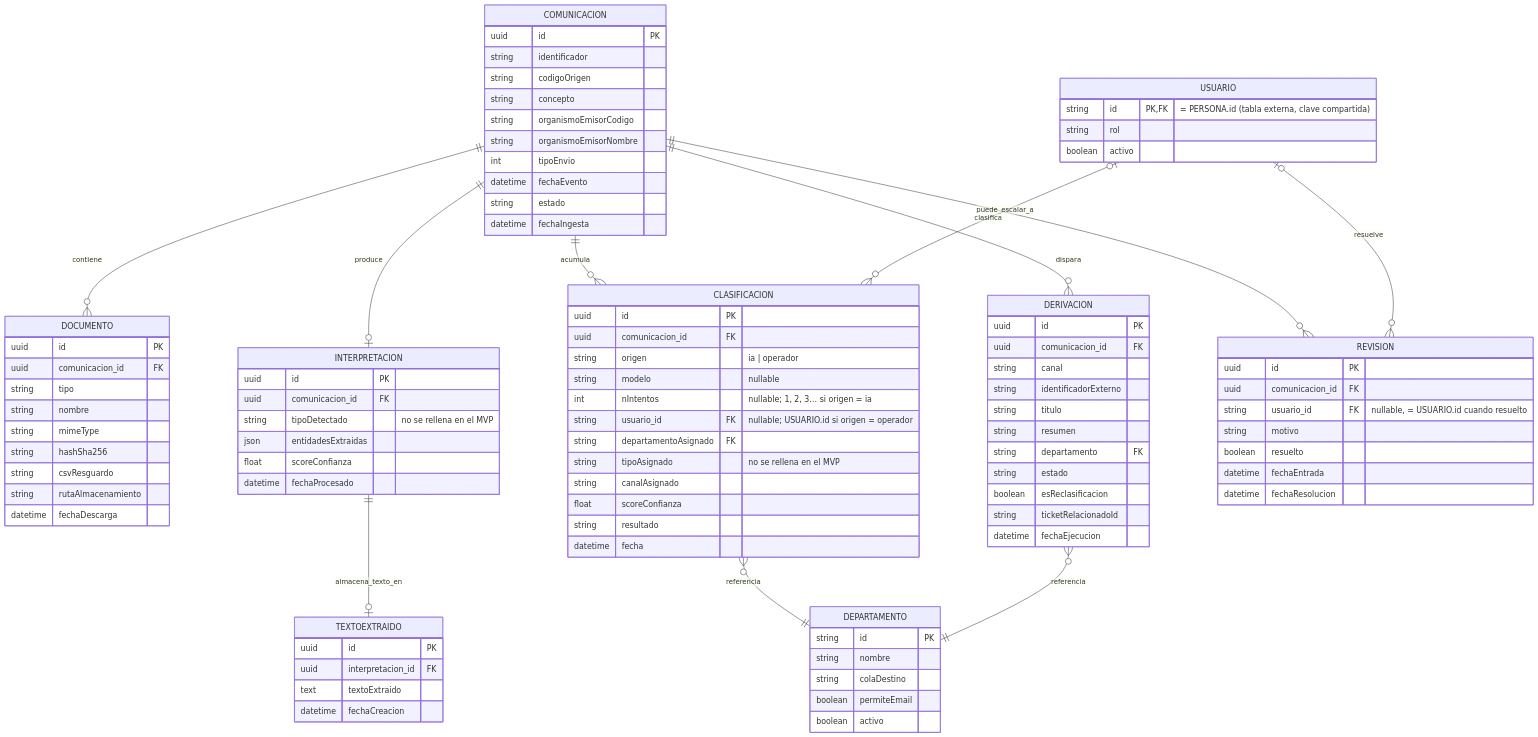
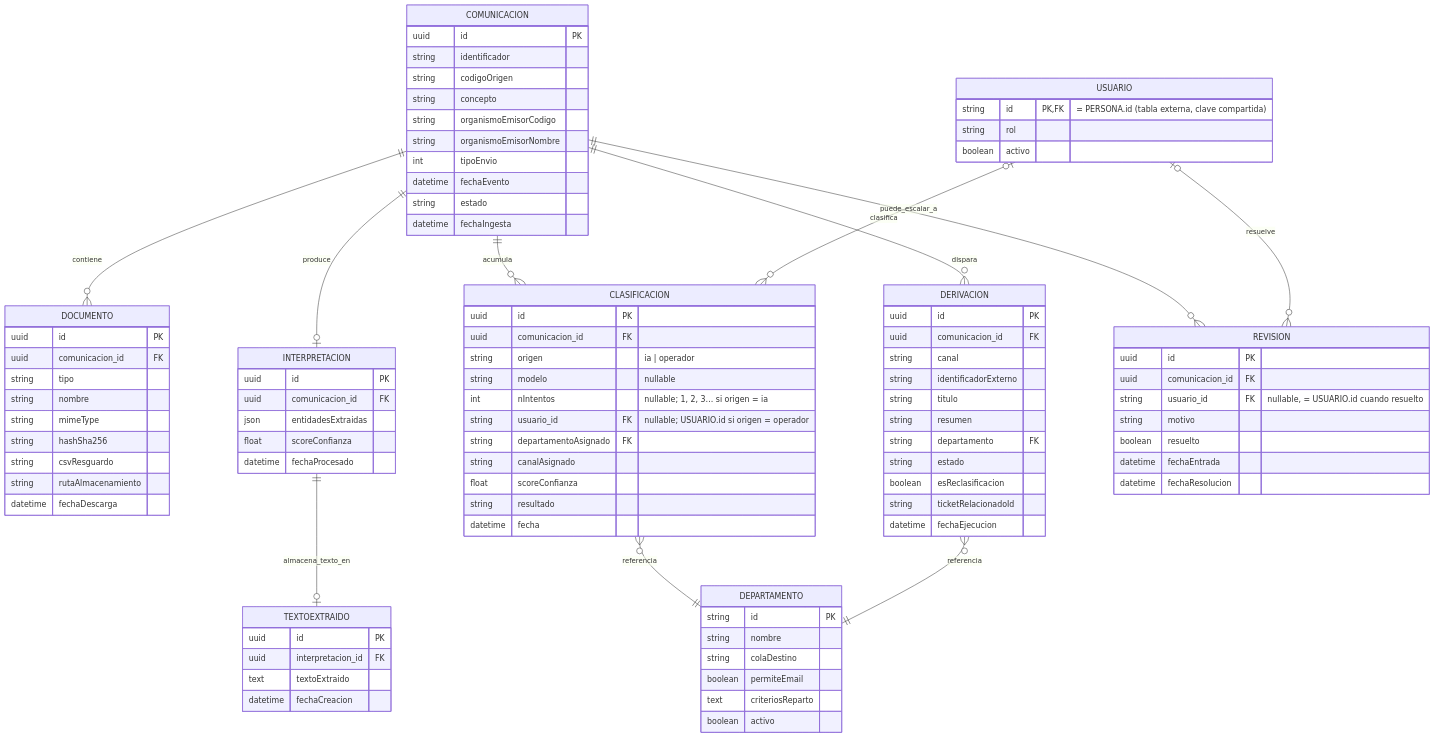
One commit to XIN917/TFM changed the diagram in Diagramas/ER_Explicacion.md. Above: the diagram before and after it, drawn with Mermaid. The commit also changed other lines of this file and 7 other files, not shown here.

```diff
--- a/Diagramas/ER_Explicacion.md
+++ b/Diagramas/ER_Explicacion.md
@@ -43,7 +43,6 @@
   INTERPRETACION {
     uuid id PK
     uuid comunicacion_id FK
-    string tipoDetectado "no se rellena en el MVP"
     json entidadesExtraidas
     float scoreConfianza
     datetime fechaProcesado
@@ -62,7 +61,6 @@
     int nIntentos "nullable; 1, 2, 3… si origen = ia"
     string usuario_id FK "nullable; USUARIO.id si origen = operador"
     string departamentoAsignado FK
-    string tipoAsignado "no se rellena en el MVP"
     string canalAsignado
     float scoreConfianza
     string resultado
@@ -95,6 +93,7 @@
     string nombre
     string colaDestino
     boolean permiteEmail
+    text criteriosReparto
     boolean activo
   }
   USUARIO {
```
